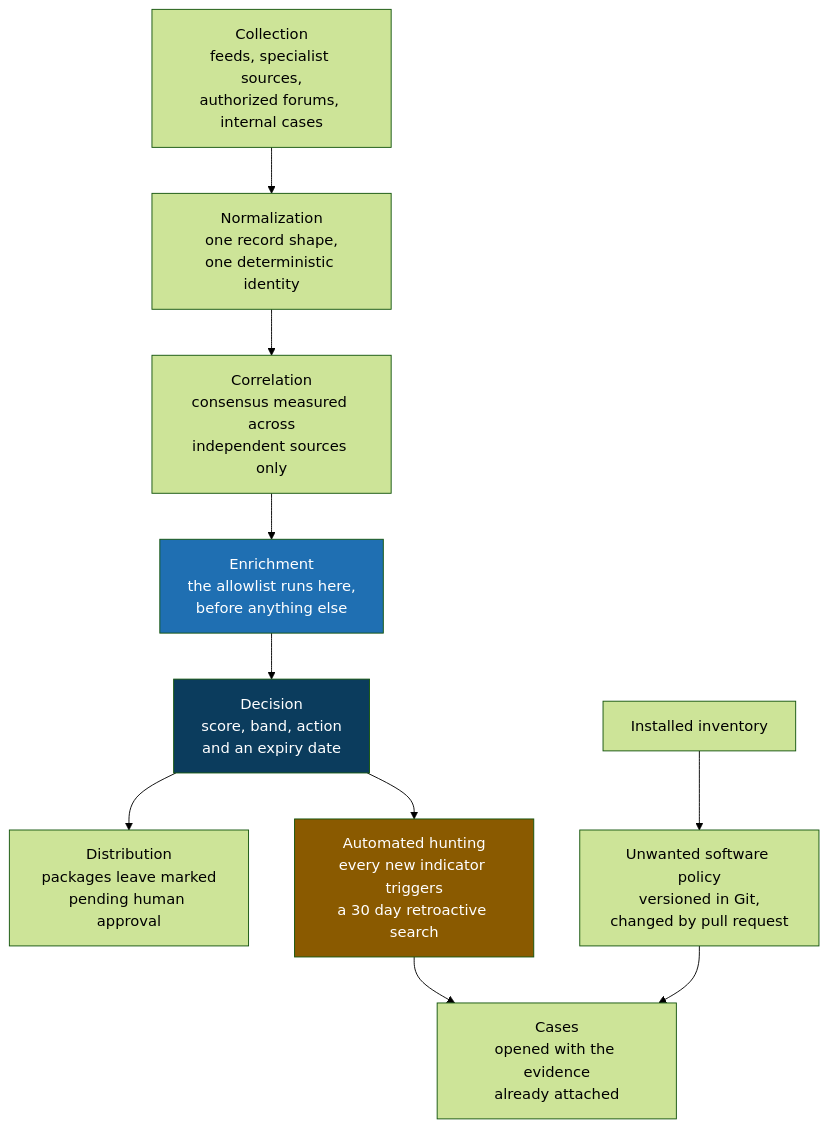
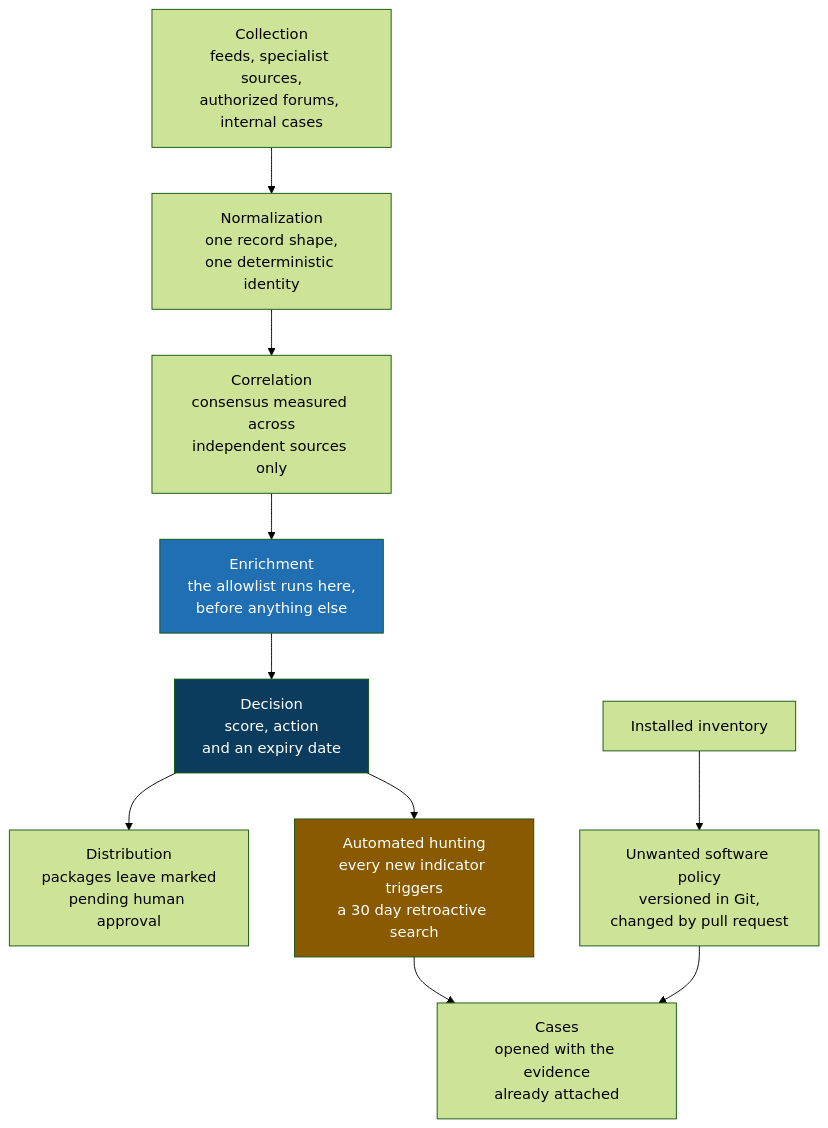
Before and after one commit to Alisson-P/ioc-pua-hunting: the diagram in README.md, drawn with Mermaid (forest theme).

````diff
--- a/README.md
+++ b/README.md
@@ -43,16 +43,16 @@
 ```mermaid
 flowchart TD
     A["Collection<br/>feeds, specialist sources,<br/>authorized forums, internal cases"] --> B["Normalization<br/>one record shape,<br/>one deterministic identity"]
     B --> C["Correlation<br/>consensus measured across<br/>independent sources only"]
     C --> D["Enrichment<br/>the allowlist runs here,<br/>before anything else"]
-    D --> E["Decision<br/>score, band, action<br/>and an expiry date"]
+    D --> E["Decision<br/>score, action<br/>and an expiry date"]
     E --> F["Distribution<br/>packages leave marked<br/>pending human approval"]
     E --> G["Automated hunting<br/>every new indicator triggers<br/>a 30 day retroactive search"]
     G --> H["Cases<br/>opened with the evidence<br/>already attached"]
     I["Installed inventory"] --> J["Unwanted software policy<br/>versioned in Git,<br/>changed by pull request"]
     J --> H
 
     style D fill:#1F6FB2,color:#FFFFFF
     style E fill:#0B3C5D,color:#FFFFFF
     style G fill:#8A5A00,color:#FFFFFF
 ```
````
